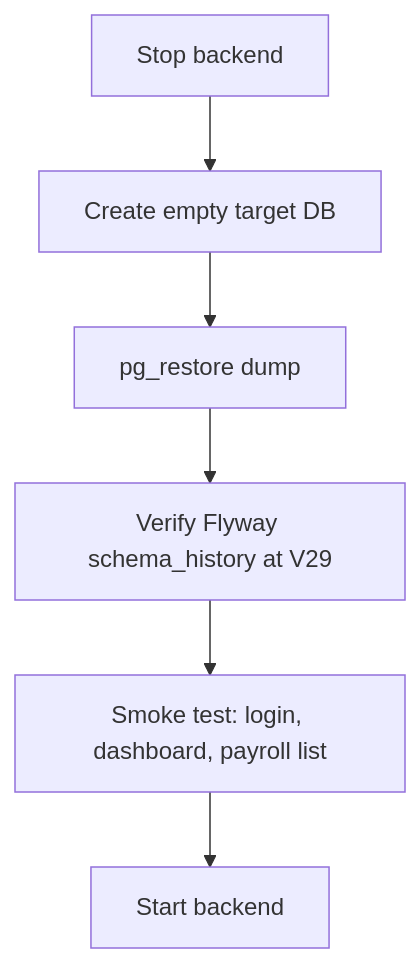
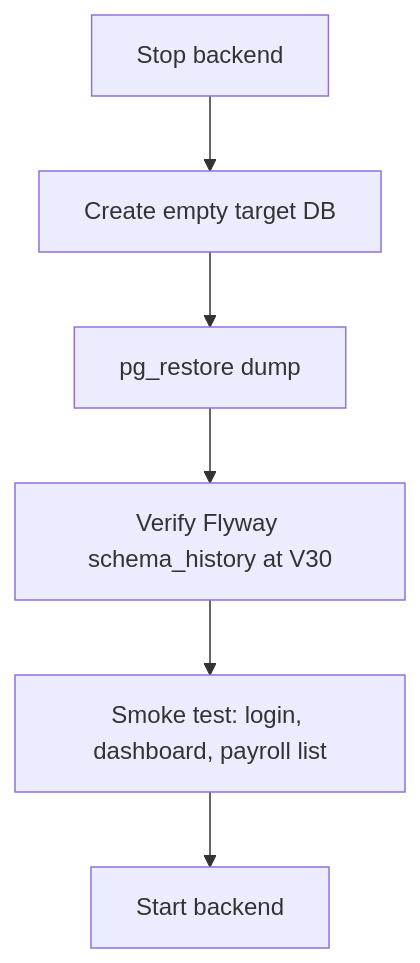
The second of 2 diagrams in ERP Documentation/09_Backup_Recovery.md (waritctd/GL-R-ERP), drawn with Mermaid before and after one commit. The commit also changed other lines of this file and 6 other files, not shown here.

````diff
--- a/ERP Documentation/09_Backup_Recovery.md
+++ b/ERP Documentation/09_Backup_Recovery.md
@@ -80,8 +80,8 @@
 ```mermaid
 flowchart TB
     A[Stop backend] --> B[Create empty target DB]
     B --> C[pg_restore dump]
-    C --> D[Verify Flyway schema_history at V29]
+    C --> D[Verify Flyway schema_history at V30]
     D --> E[Smoke test: login, dashboard, payroll list]
     E --> F[Start backend]
 ```
````
